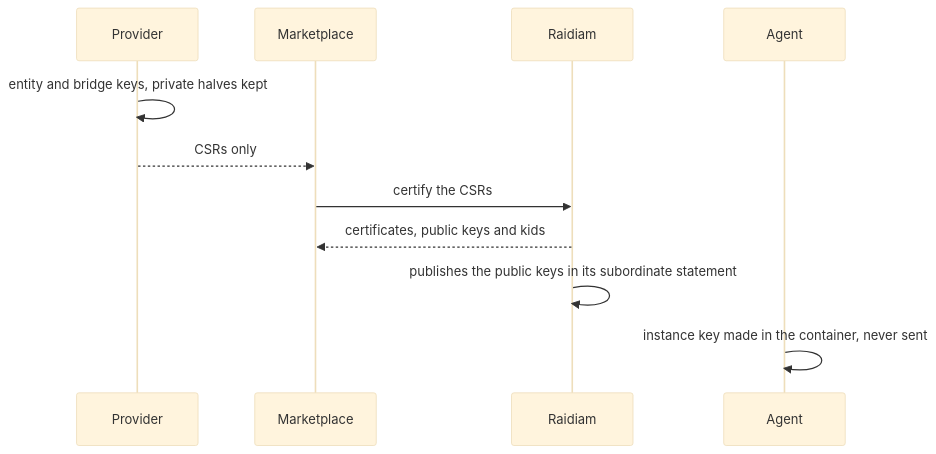
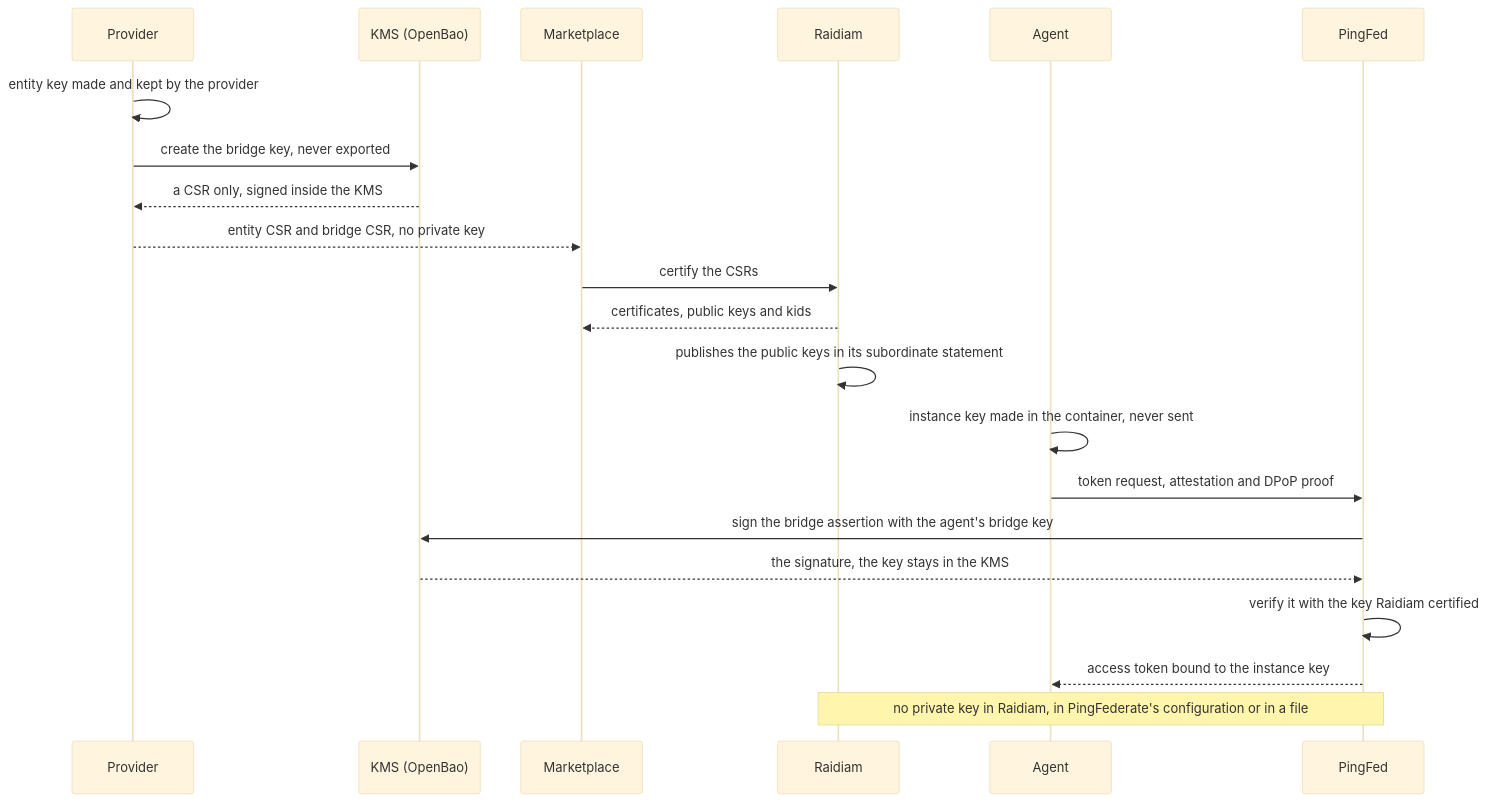
Diagram 18 of 21 in demo/flows.md (MC-IDPartners/pf-agentic-identity), drawn with Mermaid (base theme) before and after one commit. The commit also changed other lines of this file, not shown here.

Commit message:
demo: flows.md - TC-01 and TC-26 with the KMS (OpenBao): enrolment at deploy, bridge assertions signed in it

````diff
--- a/demo/flows.md
+++ b/demo/flows.md
@@ -461,13 +484,23 @@
 ```mermaid
 sequenceDiagram
     participant PR as Provider
+    participant KMS as KMS (OpenBao)
     participant MP as Marketplace
     participant RD as Raidiam
     participant AG as Agent
-    PR->>PR: entity and bridge keys, private halves kept
-    PR-->>MP: CSRs only
+    participant PF as PingFed
+    PR->>PR: entity key made and kept by the provider
+    PR->>KMS: create the bridge key, never exported
+    KMS-->>PR: a CSR only, signed inside the KMS
+    PR-->>MP: entity CSR and bridge CSR, no private key
     MP->>RD: certify the CSRs
     RD-->>MP: certificates, public keys and kids
     RD->>RD: publishes the public keys in its subordinate statement
     AG->>AG: instance key made in the container, never sent
+    AG->>PF: token request, attestation and DPoP proof
+    PF->>KMS: sign the bridge assertion with the agent's bridge key
+    KMS-->>PF: the signature, the key stays in the KMS
+    PF->>PF: verify it with the key Raidiam certified
+    PF-->>AG: access token bound to the instance key
+    Note over RD,PF: no private key in Raidiam, in PingFederate's configuration or in a file
 ```
````
